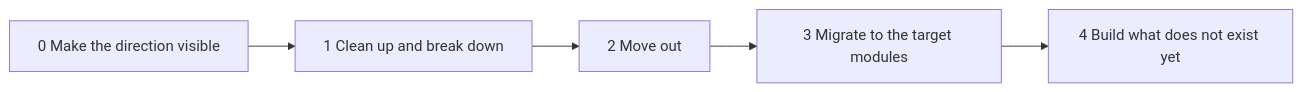
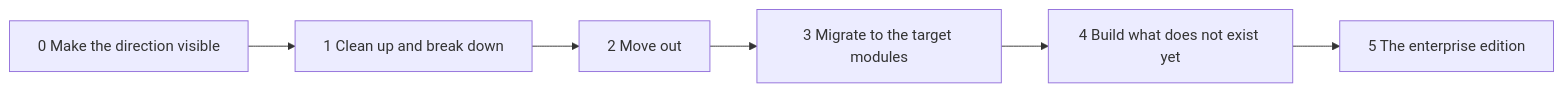
One commit to hybroai/hybro changed the first of 2 diagrams in docs/roadmap.md. Above: the diagram before and after it, drawn with Mermaid. The commit also changed other lines of this file and 3 other files, not shown here.

````diff
--- a/docs/roadmap.md
+++ b/docs/roadmap.md
@@ -5,7 +5,8 @@
 ```mermaid
 flowchart LR
     p0["0 Make the direction visible"] --> p1["1 Clean up and break down"]
     p1 --> p2["2 Move out"]
     p2 --> p3["3 Migrate to the target modules"]
     p3 --> p4["4 Build what does not exist yet"]
+    p4 --> p5["5 The enterprise edition"]
 ```
````
